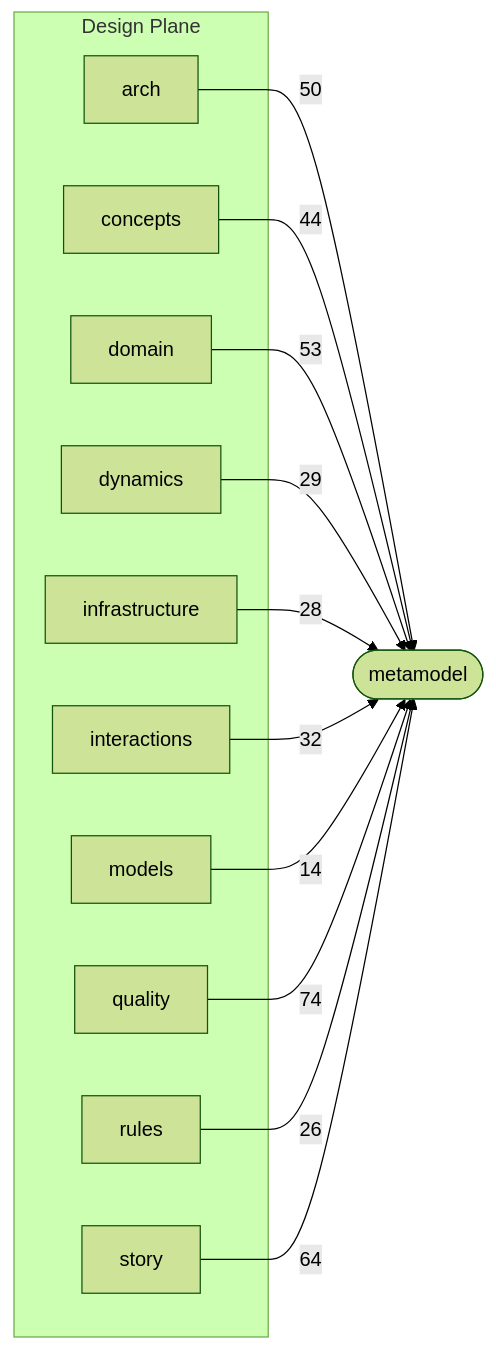
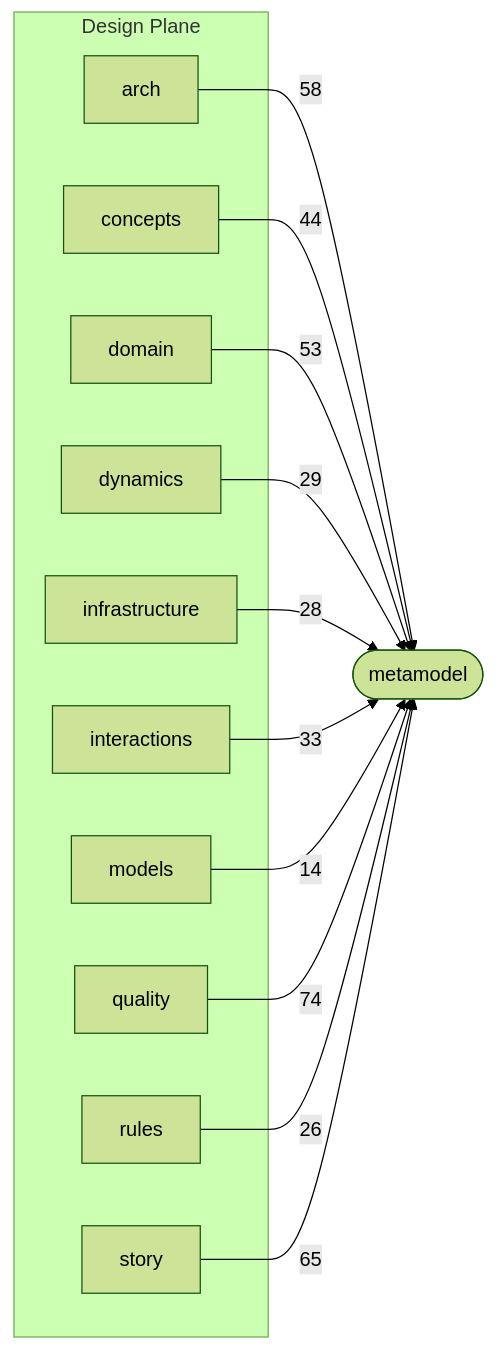
One commit to Archally/blueprint-schema changed the second of 3 diagrams in docs/schema-atlas/v2.8/layer-map.md. Above: the diagram before and after it, drawn with Mermaid (forest theme). The commit also changed other lines of this file and 6 other files, not shown here.

Commit message:
Schema Atlas: the catalog follows the schema descriptions and its heading drops a plan step

````diff
--- a/docs/schema-atlas/v2.8/layer-map.md
+++ b/docs/schema-atlas/v2.8/layer-map.md
@@ -95,26 +95,26 @@
 ```mermaid
 graph LR
     subgraph design_plane["Design Plane"]
         design_arch_schema_yaml["arch"]
         design_concepts_schema_yaml["concepts"]
         design_domain_schema_yaml["domain"]
         design_dynamics_schema_yaml["dynamics"]
         design_infrastructure_schema_yaml["infrastructure"]
         design_interactions_schema_yaml["interactions"]
         design_models_schema_yaml["models"]
         design_quality_schema_yaml["quality"]
         design_rules_schema_yaml["rules"]
         design_story_schema_yaml["story"]
     end
     metamodel_schema_yaml(["metamodel"])
-    design_arch_schema_yaml -->|50| metamodel_schema_yaml
+    design_arch_schema_yaml -->|58| metamodel_schema_yaml
     design_concepts_schema_yaml -->|44| metamodel_schema_yaml
     design_domain_schema_yaml -->|53| metamodel_schema_yaml
     design_dynamics_schema_yaml -->|29| metamodel_schema_yaml
     design_infrastructure_schema_yaml -->|28| metamodel_schema_yaml
-    design_interactions_schema_yaml -->|32| metamodel_schema_yaml
+    design_interactions_schema_yaml -->|33| metamodel_schema_yaml
     design_models_schema_yaml -->|14| metamodel_schema_yaml
     design_quality_schema_yaml -->|74| metamodel_schema_yaml
     design_rules_schema_yaml -->|26| metamodel_schema_yaml
-    design_story_schema_yaml -->|64| metamodel_schema_yaml
+    design_story_schema_yaml -->|65| metamodel_schema_yaml
 ```
````
